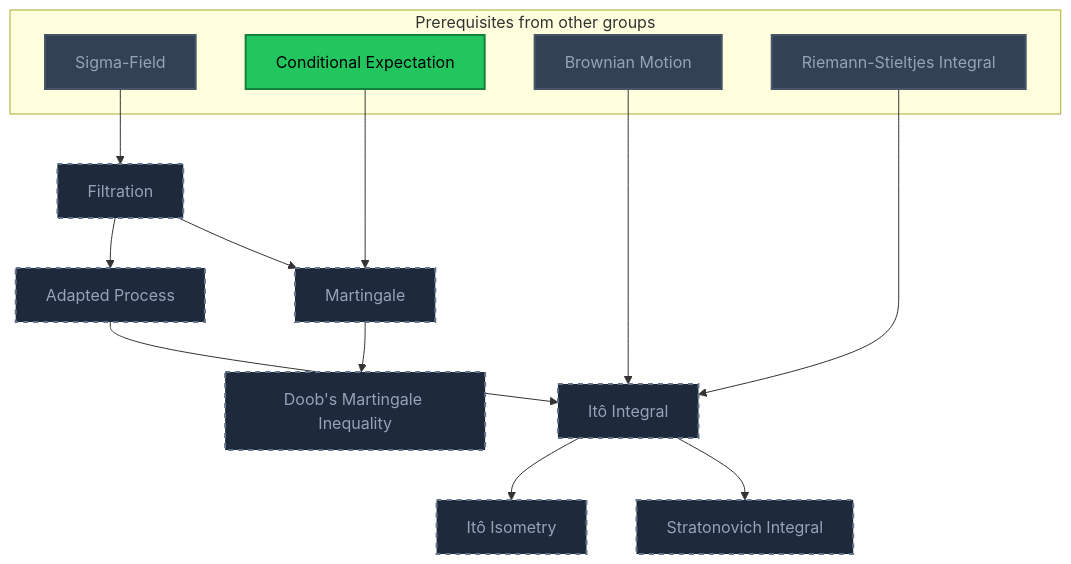
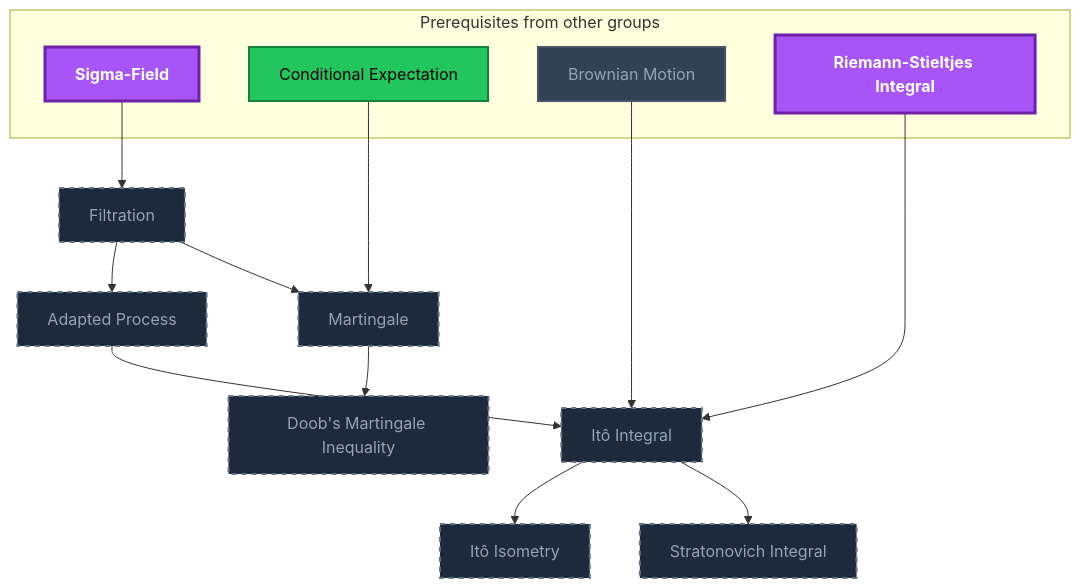
The second of 11 diagrams in Gamification/Skill Trees/Stochastic Differential Equations.md (MRauf1/My-Notes), drawn with Mermaid before and after one commit. The commit also changed other lines of this file and 145 other files, not shown here.

````diff
--- a/Gamification/Skill Trees/Stochastic Differential Equations.md
+++ b/Gamification/Skill Trees/Stochastic Differential Equations.md
@@ -50,39 +51,40 @@
 ```mermaid
 flowchart TD
     classDef planned fill:#1E293B,stroke:#64748B,stroke-width:2px,stroke-dasharray:5 5,color:#94A3B8;
     classDef locked fill:#334155,stroke:#475569,stroke-width:2px,color:#94A3B8;
     classDef L0 fill:#F1F5F9,stroke:#94A3B8,stroke-width:2px,color:#000000;
     classDef L1 fill:#22C55E,stroke:#15803D,stroke-width:2px,color:#000000;
     classDef L2 fill:#3B82F6,stroke:#1D4ED8,stroke-width:3px,color:#FFFFFF;
     classDef L3 fill:#A855F7,stroke:#6B21A8,stroke-width:3px,color:#FFFFFF,font-weight:bold;
     classDef L4 fill:#F97316,stroke:#C2410C,stroke-width:4px,color:#000000,font-weight:bold;
     classDef L5 fill:#FFD700,stroke:#FF8C00,stroke-width:5px,color:#000000,font-weight:bold;
     classDef rusty stroke:#8B4513,stroke-width:4px,stroke-dasharray:3 3;
     subgraph sg_prereqs["Prerequisites from other groups"]
         n_sigma_field["Sigma-Field"]
         n_conditional_expectation["Conditional Expectation"]
         n_brownian_motion["Brownian Motion"]
         n_riemann_stieltjes_integral["Riemann-Stieltjes Integral"]
     end
     n_filtration["Filtration"]
     n_adapted_process["Adapted Process"]
     n_martingale["Martingale"]
     n_doob_s_martingale_inequality["Doob's Martingale Inequality"]
     n_it_integral["Itô Integral"]
     n_it_isometry["Itô Isometry"]
     n_stratonovich_integral["Stratonovich Integral"]
     n_sigma_field --> n_filtration
     n_filtration --> n_adapted_process
     n_filtration --> n_martingale
     n_conditional_expectation --> n_martingale
     n_martingale --> n_doob_s_martingale_inequality
     n_brownian_motion --> n_it_integral
     n_adapted_process --> n_it_integral
     n_riemann_stieltjes_integral --> n_it_integral
     n_it_integral --> n_it_isometry
     n_it_integral --> n_stratonovich_integral
     class n_filtration,n_adapted_process,n_martingale,n_doob_s_martingale_inequality,n_it_integral,n_it_isometry,n_stratonovich_integral planned;
-    class n_sigma_field,n_brownian_motion,n_riemann_stieltjes_integral locked;
+    class n_brownian_motion locked;
     class n_conditional_expectation L1;
+    class n_sigma_field,n_riemann_stieltjes_integral L3;
     class n_sigma_field,n_conditional_expectation,n_brownian_motion,n_riemann_stieltjes_integral internal-link;
 ```
````
